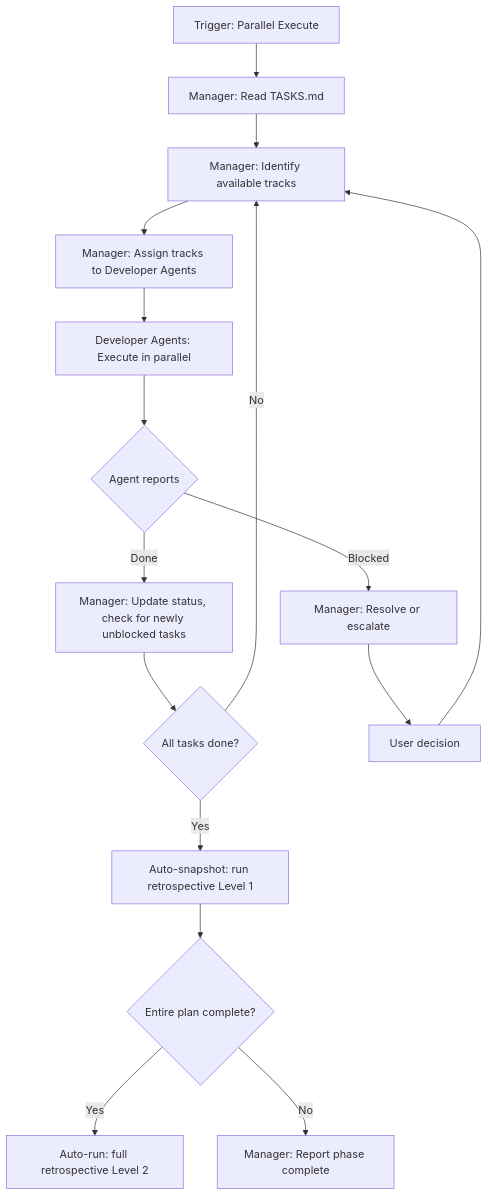
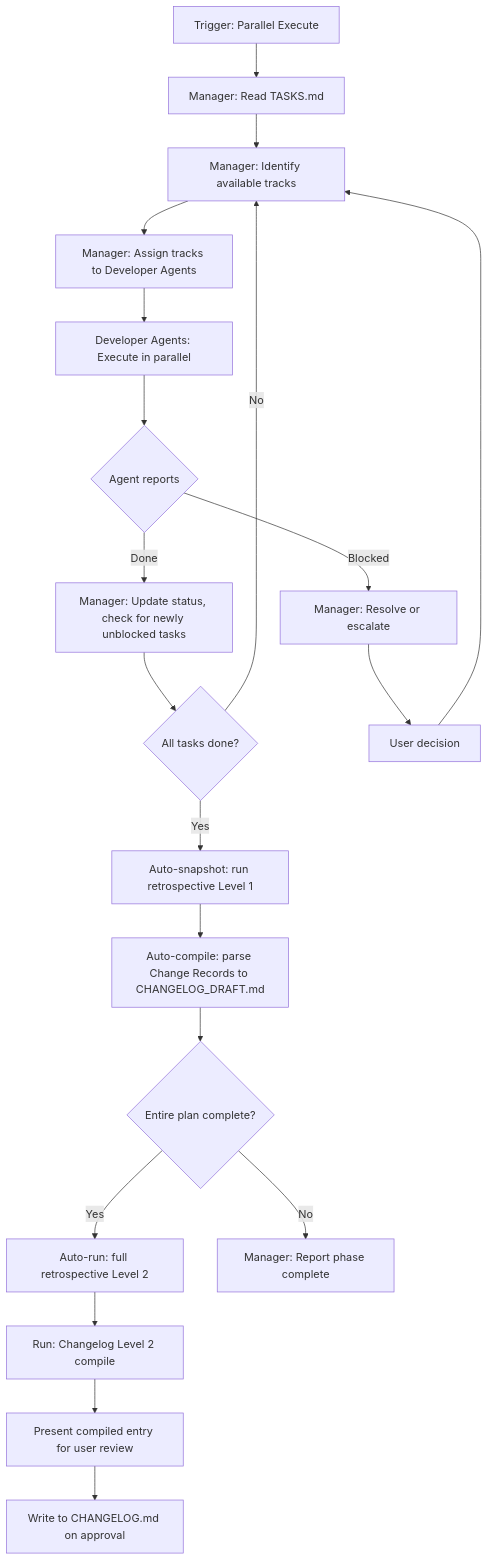
The third of 3 diagrams in .magic/task.md (teratron/magic-spec), drawn with Mermaid before and after one commit. The commit also changed other lines of this file and 24 other files, not shown here.

````diff
--- a/.magic/task.md
+++ b/.magic/task.md
@@ -225,18 +233,22 @@
 ```mermaid
 graph TD
     A[Trigger: Parallel Execute] --> B[Manager: Read TASKS.md]
     B --> C[Manager: Identify available tracks]
     C --> D[Manager: Assign tracks to Developer Agents]
     D --> E[Developer Agents: Execute in parallel]
     E --> F{Agent reports}
     F -->|Done| G[Manager: Update status, check for newly unblocked tasks]
     F -->|Blocked| H[Manager: Resolve or escalate]
     G --> I{All tasks done?}
     I -->|No| C
     I -->|Yes| J[Auto-snapshot: run retrospective Level 1]
-    J --> L{Entire plan complete?}
+    J --> J1[Auto-compile: parse Change Records to CHANGELOG_DRAFT.md]
+    J1 --> L{Entire plan complete?}
     L -->|Yes| M[Auto-run: full retrospective Level 2]
+    M --> M1[Run: Changelog Level 2 compile]
+    M1 --> M2[Present compiled entry for user review]
+    M2 --> N1[Write to CHANGELOG.md on approval]
     L -->|No| N[Manager: Report phase complete]
     H --> K[User decision]
     K --> C
 ```
````
